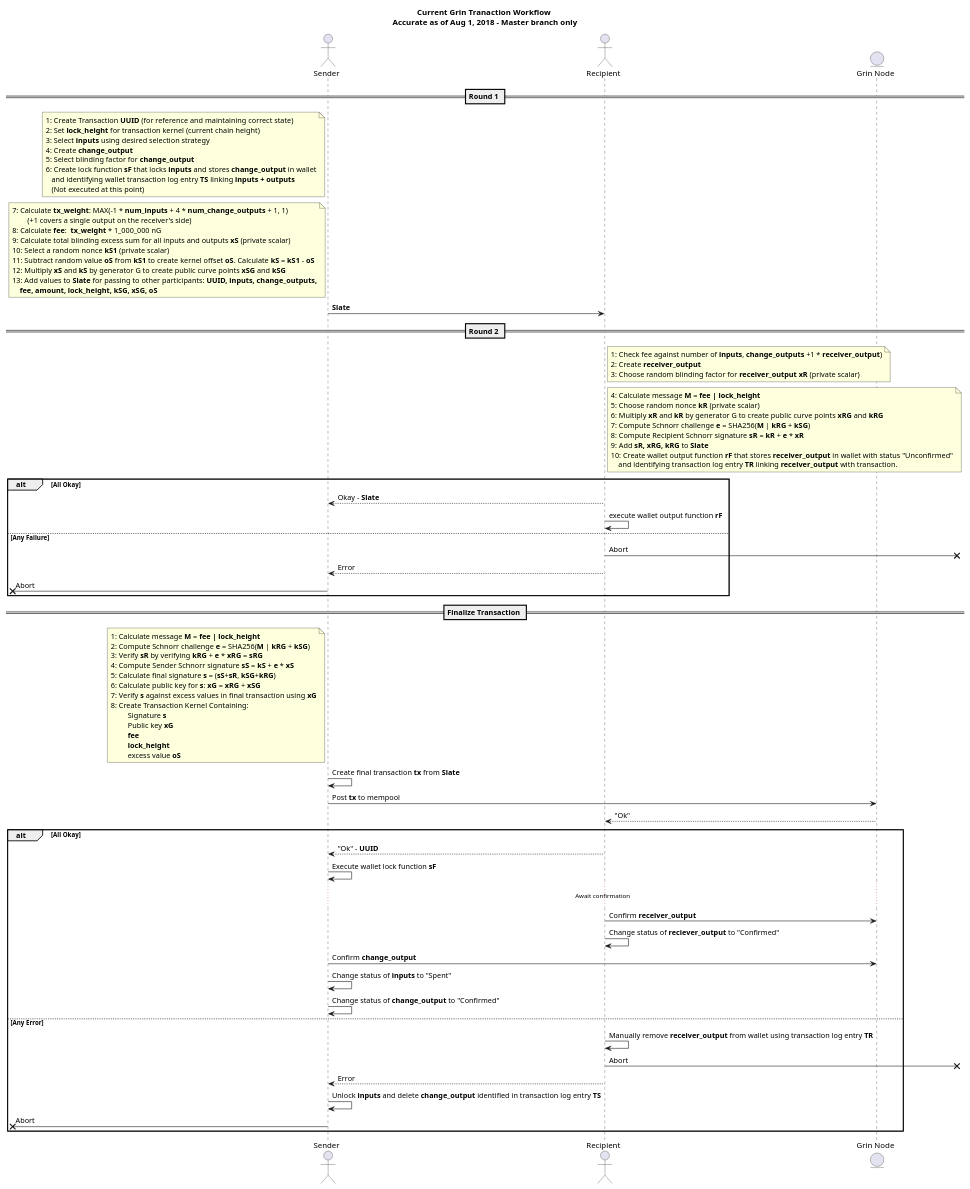
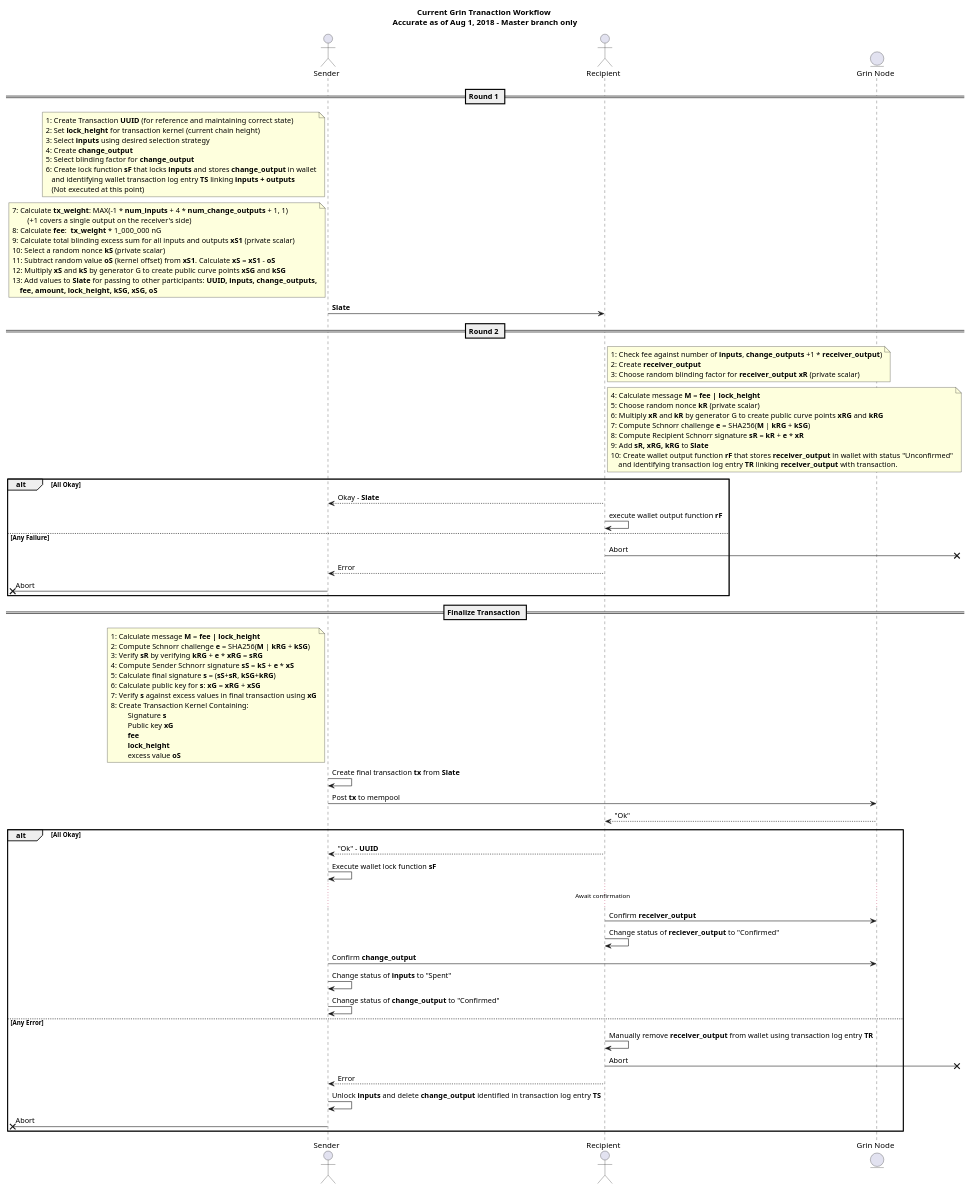
Before and after one commit to mimblewimble/grin: the diagram in doc/wallet/transaction/basic-transaction-wf.puml, drawn with PlantUML. The commit also changed 1 other file, not shown here.

Commit message:
Fixed basic transaction diagram

```diff
--- a/doc/wallet/transaction/basic-transaction-wf.puml
+++ b/doc/wallet/transaction/basic-transaction-wf.puml
@@ -1,97 +1,97 @@
 @startuml grin-transaction
 
 title 
 **Current Grin Tranaction Workflow** 
 Accurate as of Aug 1, 2018 - Master branch only
 end title
 
 actor "Sender" as sender
 actor "Recipient" as recipient
 entity "Grin Node" as grin_node
 
 == Round 1 ==
 
 note left of sender
 	1: Create Transaction **UUID** (for reference and maintaining correct state)
 	2: Set **lock_height** for transaction kernel (current chain height)
 	3: Select **inputs** using desired selection strategy
 	4: Create **change_output** 
 	5: Select blinding factor for **change_output**
 	6: Create lock function **sF** that locks **inputs** and stores **change_output** in wallet
 	   and identifying wallet transaction log entry **TS** linking **inputs + outputs**
 	   (Not executed at this point)
 end note
 note left of sender
 	7: Calculate **tx_weight**: MAX(-1 * **num_inputs** + 4 * **num_change_outputs** + 1, 1)
 		(+1 covers a single output on the receiver's side)
 	8: Calculate **fee**:  **tx_weight** * 1_000_000 nG
-	9: Calculate total blinding excess sum for all inputs and outputs **xS** (private scalar)
-	10: Select a random nonce **kS1** (private scalar)
-	11: Subtract random value **oS** from **kS1** to create kernel offset **oS**. Calculate **kS** = **kS1** - **oS**
+	9: Calculate total blinding excess sum for all inputs and outputs **xS1** (private scalar)
+	10: Select a random nonce **kS** (private scalar)
+	11: Subtract random value **oS** (kernel offset) from **xS1**. Calculate **xS** = **xS1** - **oS**
 	12: Multiply **xS** and **kS** by generator G to create public curve points **xSG** and **kSG**
 	13: Add values to **Slate** for passing to other participants: **UUID, inputs, change_outputs,**
 	    **fee, amount, lock_height, kSG, xSG, oS**
 end note
 sender -> recipient: **Slate**
 == Round 2 ==
 note right of recipient
 	1: Check fee against number of **inputs**, **change_outputs** +1 * **receiver_output**)
 	2: Create **receiver_output**
 	3: Choose random blinding factor for **receiver_output** **xR** (private scalar)
 end note
 note right of recipient
 	4: Calculate message **M** = **fee | lock_height **
 	5: Choose random nonce **kR** (private scalar)
 	6: Multiply **xR** and **kR** by generator G to create public curve points **xRG** and **kRG**
 	7: Compute Schnorr challenge **e** = SHA256(**M** | **kRG** + **kSG**)
 	8: Compute Recipient Schnorr signature **sR** = **kR** + **e** * **xR**
 	9: Add **sR, xRG, kRG** to **Slate**
 	10: Create wallet output function **rF** that stores **receiver_output** in wallet with status "Unconfirmed"
 	    and identifying transaction log entry **TR** linking **receiver_output** with transaction.
 end note
 alt All Okay
 recipient --> sender: Okay - **Slate**
 recipient -> recipient: execute wallet output function **rF**
 else Any Failure
 recipient ->x]: Abort
 recipient --> sender: Error
 [x<- sender: Abort
 end
 == Finalize Transaction ==
 note left of sender
 	1: Calculate message **M** = **fee | lock_height **
 	2: Compute Schnorr challenge **e** = SHA256(**M** | **kRG** + **kSG**)
 	3: Verify **sR** by verifying **kRG** + **e** * **xRG** = **sRG**
 	4: Compute Sender Schnorr signature **sS** = **kS** + **e** * **xS**
 	5: Calculate final signature **s** = (**sS**+**sR**, **kSG**+**kRG**)
 	6: Calculate public key for **s**: **xG** = **xRG** + **xSG**
 	7: Verify **s** against excess values in final transaction using **xG**
 	8: Create Transaction Kernel Containing:
 		 Signature **s**
 		 Public key **xG**
 		 **fee**
 		 **lock_height**
 		 excess value **oS**
 end note
 sender -> sender: Create final transaction **tx** from **Slate**
 sender -> grin_node: Post **tx** to mempool
 grin_node --> recipient: "Ok"
 alt All Okay
 recipient --> sender: "Ok" - **UUID**
 sender -> sender: Execute wallet lock function **sF**
 ...Await confirmation...
 recipient -> grin_node: Confirm **receiver_output**
 recipient -> recipient: Change status of **reciever_output** to "Confirmed"
 sender -> grin_node: Confirm **change_output**
 sender -> sender: Change status of **inputs** to "Spent"
 sender -> sender: Change status of **change_output** to "Confirmed"
 else Any Error
 recipient -> recipient: Manually remove **receiver_output** from wallet using transaction log entry **TR**
 recipient ->x]: Abort
 recipient --> sender: Error
 sender -> sender: Unlock **inputs** and delete **change_output** identified in transaction log entry **TS**
 [x<- sender: Abort
 end
 
 
 @enduml
```
